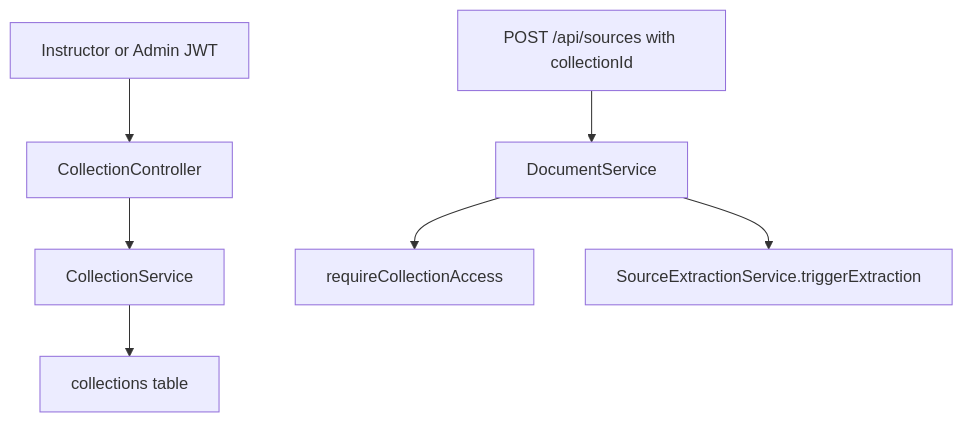
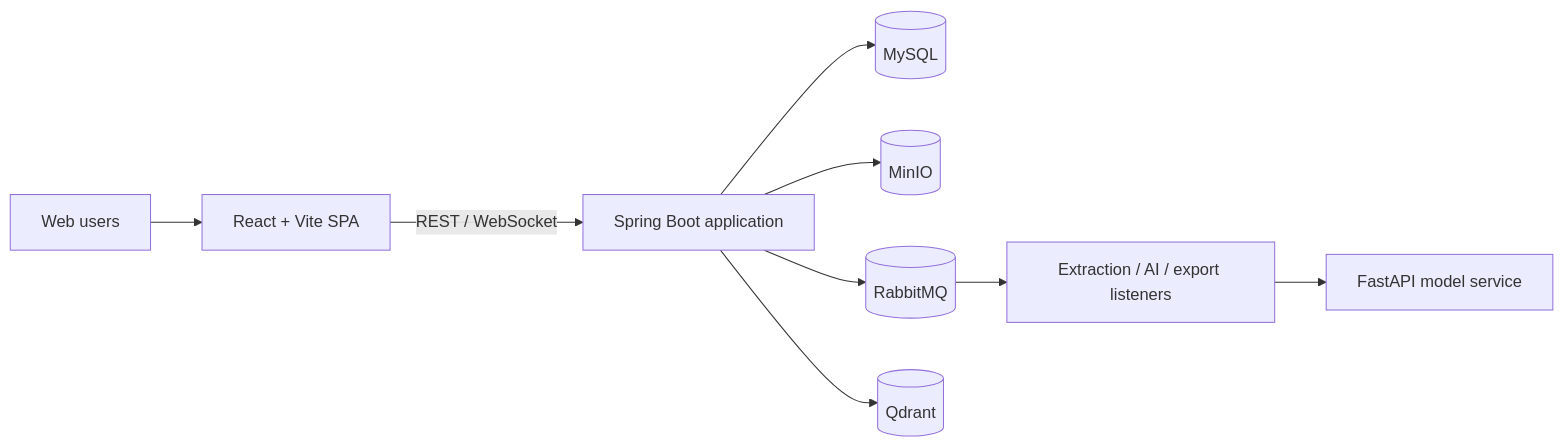
The diagram in README.md (MinhKien17/SEP490_EvidencePilot), drawn with Mermaid before and after one commit. The commit also changed other lines of this file and 4 other files, not shown here.

Commit message:
docs:  README and system architecture

````diff
--- a/README.md
+++ b/README.md
@@ -266,9 +19,11 @@
 ```mermaid
-flowchart TD
-    Instructor["Instructor or Admin JWT"] --> CollectionController
-    CollectionController --> CollectionService
-    CollectionService --> MySQL["collections table"]
-    SourceUpload["POST /api/sources with collectionId"] --> DocumentService
-    DocumentService --> Access["requireCollectionAccess"]
-    DocumentService --> Queue["SourceExtractionService.triggerExtraction"]
+flowchart LR
+    User["Web users"] --> FE["React + Vite SPA"]
+    FE -->|"REST / WebSocket"| BE["Spring Boot application"]
+    BE --> DB[("MySQL")]
+    BE --> OBJ[("MinIO")]
+    BE --> MQ[("RabbitMQ")]
+    BE --> VDB[("Qdrant")]
+    MQ --> WORKERS["Extraction / AI / export listeners"]
+    WORKERS --> MODEL["FastAPI model service"]
 ```
````
